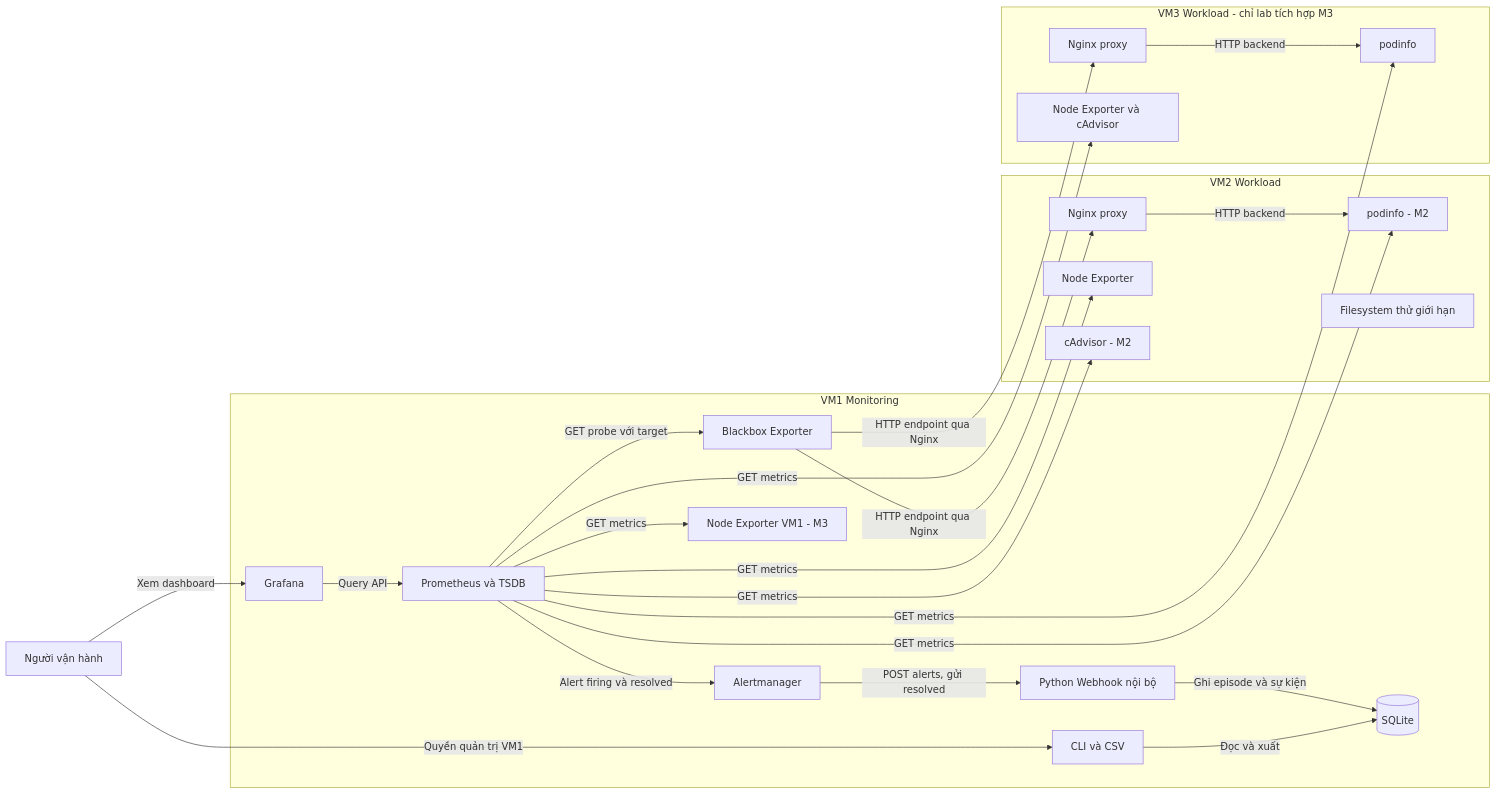
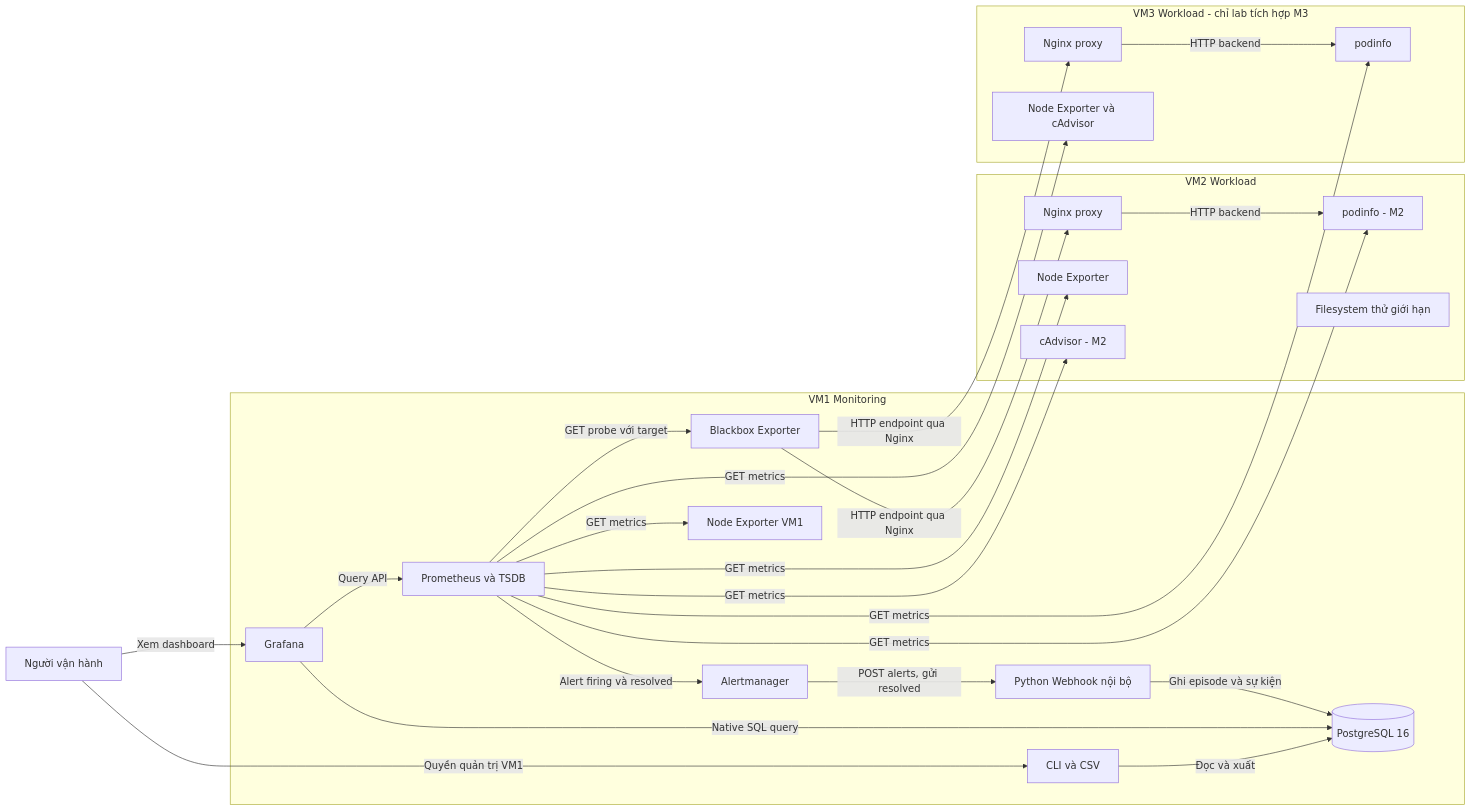
The diagram in docs/architecture.md (HuynhHa17/Moni-Prototype), drawn with Mermaid before and after one commit. The commit also changed 27 other files, not shown here.

First line of the commit message:
feat(m2a): upgrade foundation with inventory.yml, PostgreSQL 16, VM1 self-monitoring and CI

````diff
--- a/docs/architecture.md
+++ b/docs/architecture.md
@@ -8,44 +8,45 @@
 ```mermaid
 flowchart LR
   operator[Người vận hành]
   subgraph vm1[VM1 Monitoring]
     prometheus[Prometheus và TSDB]
     blackbox[Blackbox Exporter]
     grafana[Grafana]
     alertmanager[Alertmanager]
     webhook[Python Webhook nội bộ]
-    sqlite[(SQLite)]
+    postgres[(PostgreSQL 16)]
     history[CLI và CSV]
-    selfnode[Node Exporter VM1 - M3]
+    selfnode[Node Exporter VM1]
   end
   subgraph vm2[VM2 Workload]
     nginx2[Nginx proxy]
     app2[podinfo - M2]
     node2[Node Exporter]
     cadvisor2[cAdvisor - M2]
     disk2[Filesystem thử giới hạn]
     nginx2 -->|HTTP backend| app2
   end
   subgraph vm3[VM3 Workload - chỉ lab tích hợp M3]
     nginx3[Nginx proxy]
     app3[podinfo]
     exporters3[Node Exporter và cAdvisor]
     nginx3 -->|HTTP backend| app3
   end
   prometheus -->|GET metrics| node2
   prometheus -->|GET metrics| cadvisor2
   prometheus -->|GET metrics| app2
   prometheus -->|GET metrics| exporters3
   prometheus -->|GET metrics| app3
   prometheus -->|GET metrics| selfnode
   prometheus -->|GET probe với target| blackbox
   blackbox -->|HTTP endpoint qua Nginx| nginx2
   blackbox -->|HTTP endpoint qua Nginx| nginx3
   grafana -->|Query API| prometheus
   operator -->|Xem dashboard| grafana
   prometheus -->|Alert firing và resolved| alertmanager
   alertmanager -->|POST alerts, gửi resolved| webhook
-  webhook -->|Ghi episode và sự kiện| sqlite
-  history -->|Đọc và xuất| sqlite
+  webhook -->|Ghi episode và sự kiện| postgres
+  grafana -->|Native SQL query| postgres
+  history -->|Đọc và xuất| postgres
   operator -->|Quyền quản trị VM1| history
 ```
````
